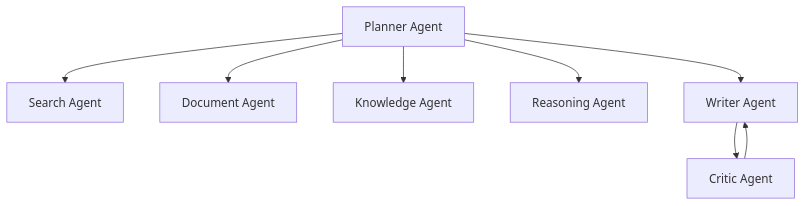
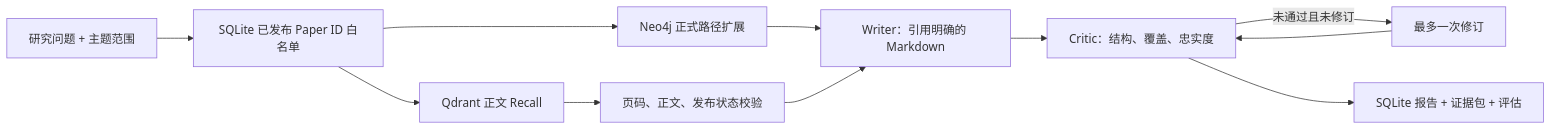
Before and after one commit to fanlingxi/AI-Research-Agent: the fourth of 4 diagrams in docs/architecture.md, drawn with Mermaid. The commit also changed other lines of this file and 138 other files, not shown here.

````diff
--- a/docs/architecture.md
+++ b/docs/architecture.md
@@ -62,10 +105,13 @@
 ```mermaid
-flowchart TD
-    P["Planner Agent"] --> Search["Search Agent"]
-    P --> Doc["Document Agent"]
-    P --> Knowledge["Knowledge Agent"]
-    P --> Reasoning["Reasoning Agent"]
-    P --> Writer["Writer Agent"]
-    Writer --> Critic["Critic Agent"]
-    Critic --> Writer
+flowchart LR
+    Q["研究问题 + 主题范围"] --> Allow["SQLite 已发布 Paper ID 白名单"]
+    Allow --> Vector["Qdrant 正文 Recall"]
+    Allow --> Graph["Neo4j 正式路径扩展"]
+    Vector --> Validate["页码、正文、发布状态校验"]
+    Graph --> Writer["Writer：引用明确的 Markdown"]
+    Validate --> Writer
+    Writer --> Critic["Critic：结构、覆盖、忠实度"]
+    Critic -->|未通过且未修订| Revise["最多一次修订"]
+    Revise --> Critic
+    Critic --> Persist["SQLite 报告 + 证据包 + 评估"]
 ```
````
